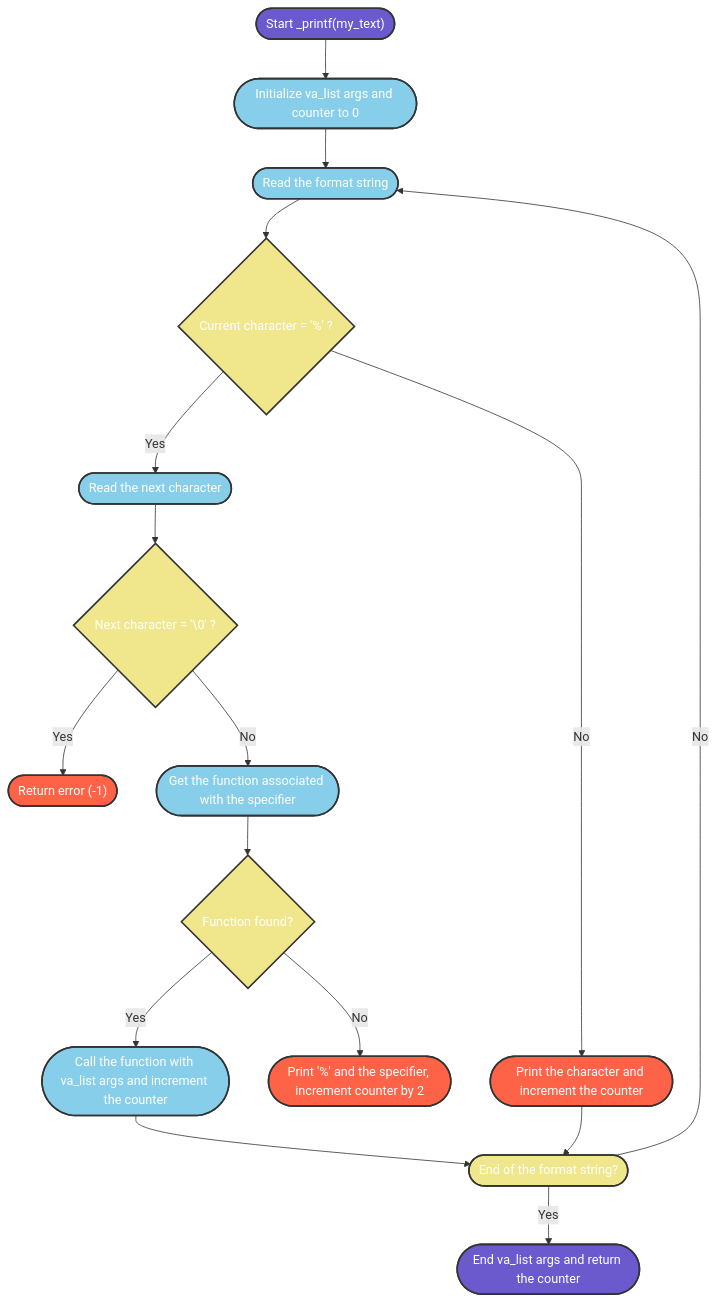
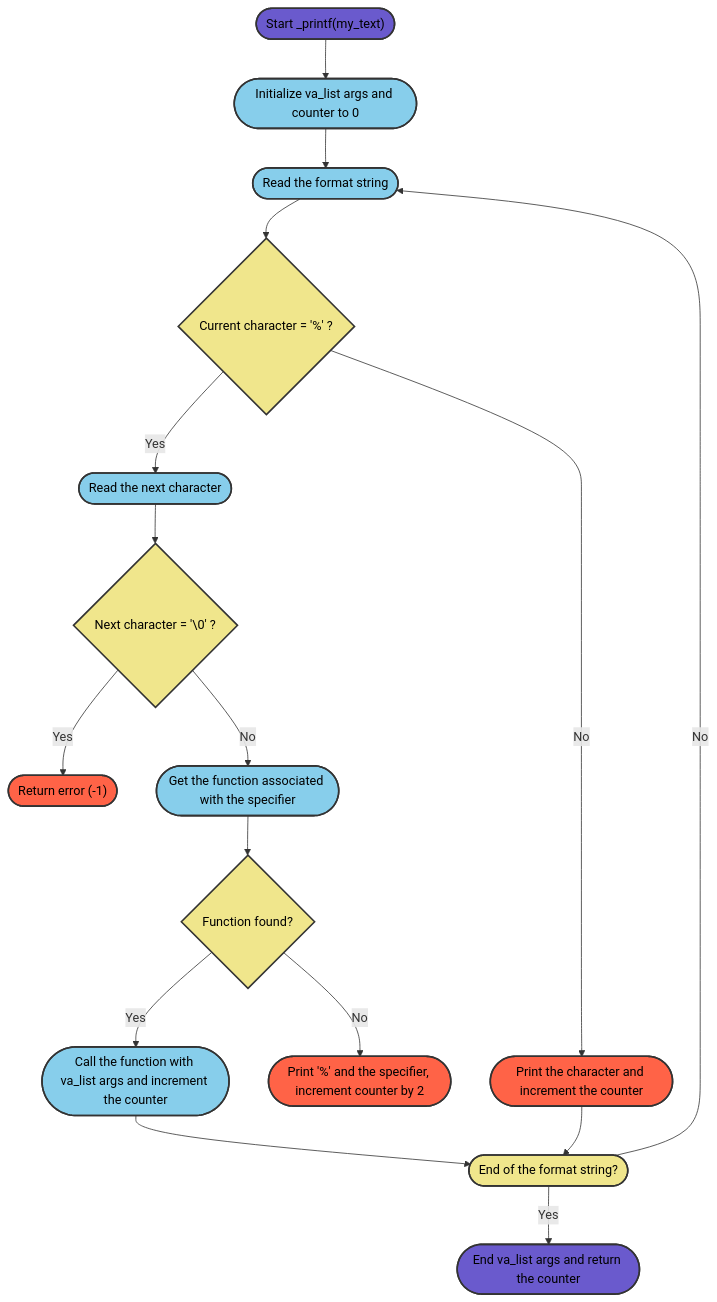
Before and after one commit to Basco64/holbertonschool-printf: the diagram in README.md, drawn with Mermaid.

Commit message:
Update Color README.md

````diff
--- a/README.md
+++ b/README.md
@@ -48,33 +48,33 @@
 ```mermaid
 graph TB
 A(["Start _printf(my_text)"]) --> B([Initialize va_list args and counter to 0])
 B --> C([Read the format string])
 C --> D{"Current character = '%' ?"}
 D -- No --> E([Print the character and increment the counter])
 D -- Yes --> F([Read the next character])
 F --> G{"Next character = '\0' ?"}
 G -- Yes --> H(["Return error (-1)"])
 G -- No --> I([Get the function associated with the specifier])
 I --> J{Function found?}
 J -- No --> K(["Print '%' and the specifier, increment counter by 2"])
 J -- Yes --> L([Call the function with va_list args and increment the counter])
 L --> M([End of the format string?])
 E --> M
 M -- Yes --> N([End va_list args and return the counter])
 M -- No --> C
 
-style A fill:#6A5ACD,stroke:#333,stroke-width:2px,color:white
-style B fill:#87CEEB,stroke:#333,stroke-width:2px,color:white
-style C fill:#87CEEB,stroke:#333,stroke-width:2px,color:white
-style D fill:#F0E68C,stroke:#333,stroke-width:2px,color:white
-style E fill:#FF6347,stroke:#333,stroke-width:2px,color:white
-style F fill:#87CEEB,stroke:#333,stroke-width:2px,color:white
-style G fill:#F0E68C,stroke:#333,stroke-width:2px,color:white
-style H fill:#FF6347,stroke:#333,stroke-width:2px,color:white
-style I fill:#87CEEB,stroke:#333,stroke-width:2px,color:white
-style J fill:#F0E68C,stroke:#333,stroke-width:2px,color:white
-style K fill:#FF6347,stroke:#333,stroke-width:2px,color:white
-style L fill:#87CEEB,stroke:#333,stroke-width:2px,color:white
-style M fill:#F0E68C,stroke:#333,stroke-width:2px,color:white
-style N fill:#6A5ACD,stroke:#333,stroke-width:2px,color:white
+style A fill:#6A5ACD,stroke:#333,stroke-width:2px,color:black
+style B fill:#87CEEB,stroke:#333,stroke-width:2px,color:black
+style C fill:#87CEEB,stroke:#333,stroke-width:2px,color:black
+style D fill:#F0E68C,stroke:#333,stroke-width:2px,color:black
+style E fill:#FF6347,stroke:#333,stroke-width:2px,color:black
+style F fill:#87CEEB,stroke:#333,stroke-width:2px,color:black
+style G fill:#F0E68C,stroke:#333,stroke-width:2px,color:black
+style H fill:#FF6347,stroke:#333,stroke-width:2px,color:black
+style I fill:#87CEEB,stroke:#333,stroke-width:2px,color:black
+style J fill:#F0E68C,stroke:#333,stroke-width:2px,color:black
+style K fill:#FF6347,stroke:#333,stroke-width:2px,color:black
+style L fill:#87CEEB,stroke:#333,stroke-width:2px,color:black
+style M fill:#F0E68C,stroke:#333,stroke-width:2px,color:black
+style N fill:#6A5ACD,stroke:#333,stroke-width:2px,color:black
 ```
````
